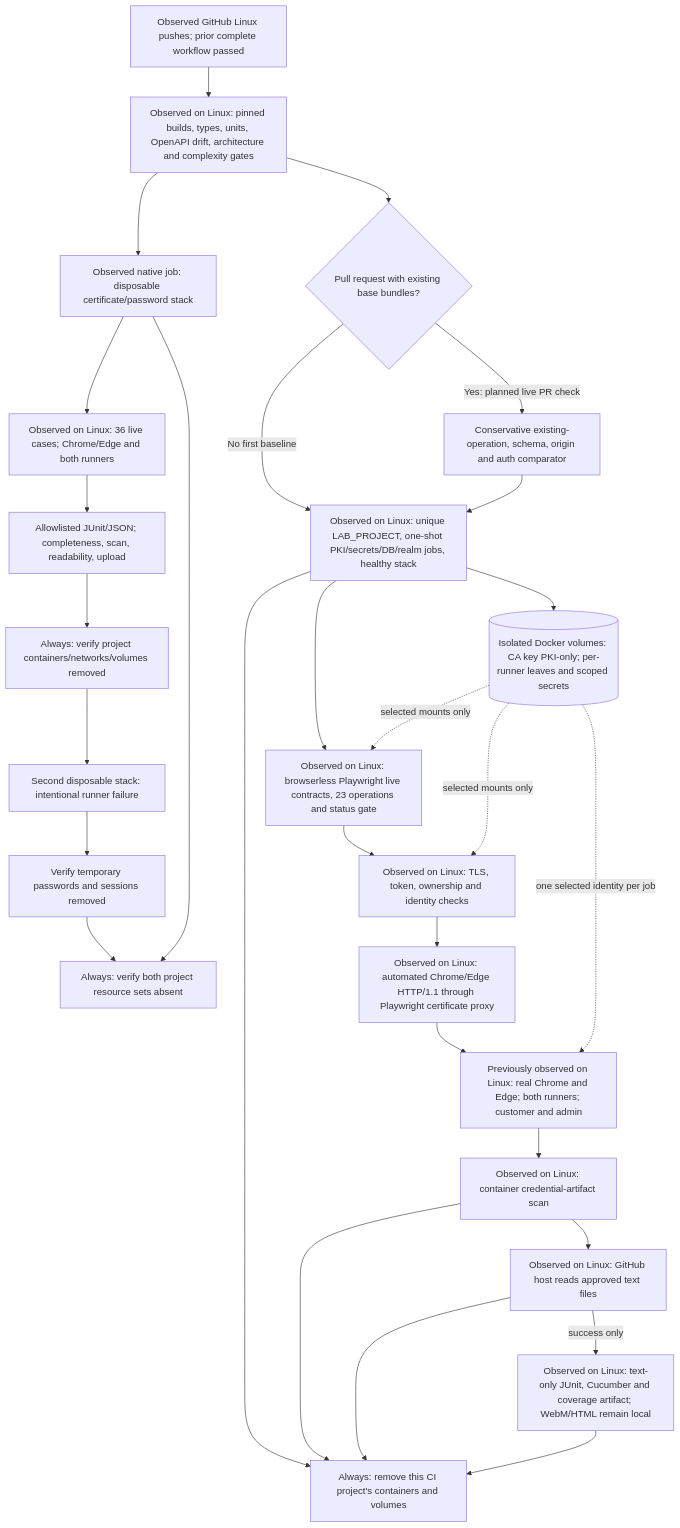
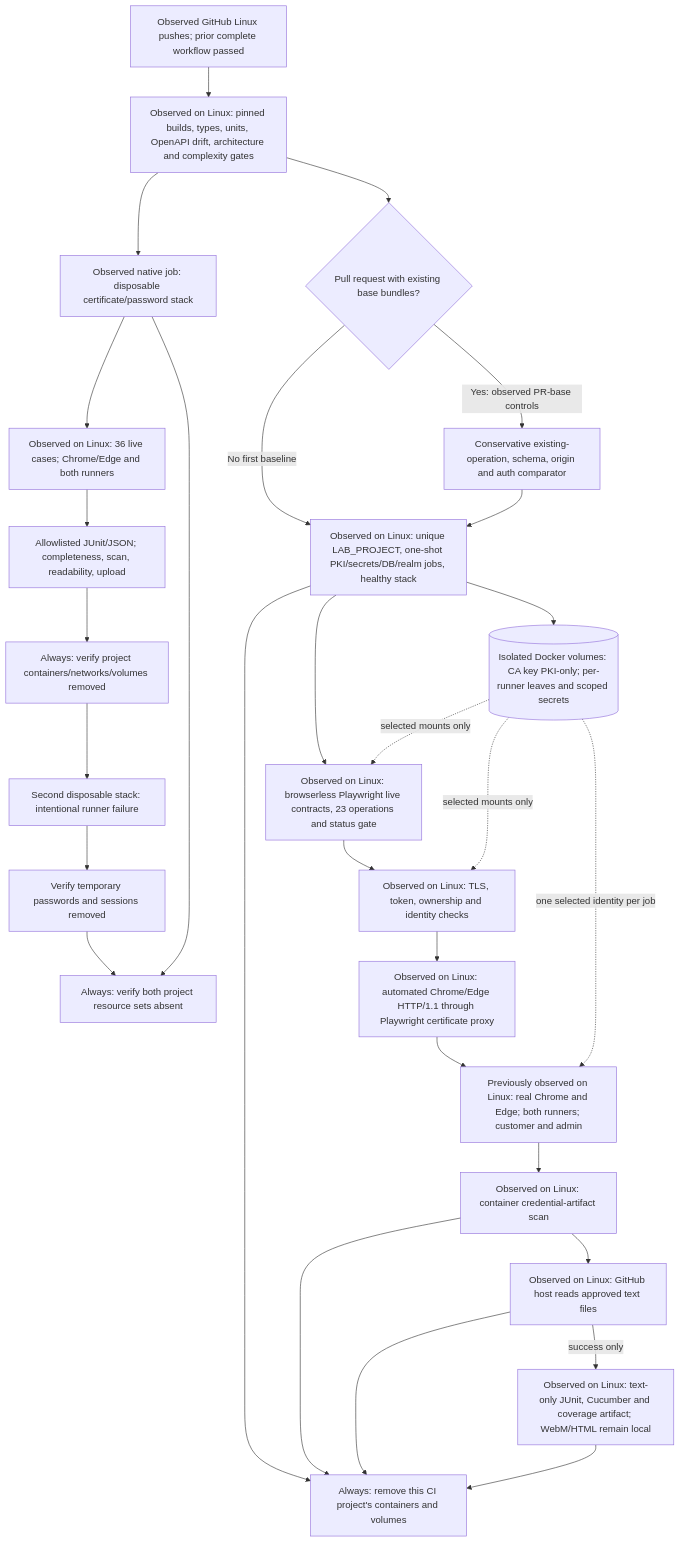
Before and after one commit to orieken/testing-with-certs: the tenth of 20 diagrams in docs/workflows.md, drawn with Mermaid. The commit also changed other lines of this file and 6 other files, not shown here.

Commit message:
docs: reconcile native evidence and record PR-base contract controls

````diff
--- a/docs/workflows.md
+++ b/docs/workflows.md
@@ -339,31 +340,31 @@
 ```mermaid
 flowchart TD
   Trigger["Observed GitHub Linux pushes; prior complete workflow passed"] --> Static["Observed on Linux: pinned builds, types, units, OpenAPI drift, architecture and complexity gates"]
   Static --> Lesson["Observed native job: disposable certificate/password stack"]
   Lesson --> LessonMatrix["Observed on Linux: 36 live cases; Chrome/Edge and both runners"]
   LessonMatrix --> LessonReports["Allowlisted JUnit/JSON; completeness, scan, readability, upload"]
   LessonReports --> LessonClean["Always: verify project containers/networks/volumes removed"]
   LessonClean --> Failure["Second disposable stack: intentional runner failure"]
   Failure --> Fixture["Verify temporary passwords and sessions removed"]
   Fixture --> FinalClean["Always: verify both project resource sets absent"]
   Lesson --> FinalClean
   Static --> Base{"Pull request with existing base bundles?"}
-  Base -->|"Yes: planned live PR check"| Compare["Conservative existing-operation, schema, origin and auth comparator"]
+  Base -->|"Yes: observed PR-base controls"| Compare["Conservative existing-operation, schema, origin and auth comparator"]
   Base -->|"No first baseline"| Compose
   Compare --> Compose["Observed on Linux: unique LAB_PROJECT, one-shot PKI/secrets/DB/realm jobs, healthy stack"]
   Compose --> Certs[("Isolated Docker volumes: CA key PKI-only; per-runner leaves and scoped secrets")]
   Compose --> Contracts["Observed on Linux: browserless Playwright live contracts, 23 operations and status gate"]
   Contracts --> Security["Observed on Linux: TLS, token, ownership and identity checks"]
   Security --> Candidate["Observed on Linux: automated Chrome/Edge HTTP/1.1 through Playwright certificate proxy"]
   Candidate --> Matrix["Previously observed on Linux: real Chrome and Edge; both runners; customer and admin"]
   Certs -.->|"selected mounts only"| Contracts
   Certs -.->|"selected mounts only"| Security
   Certs -.->|"one selected identity per job"| Matrix
   Matrix --> Scan["Observed on Linux: container credential-artifact scan"]
   Scan --> Readable["Observed on Linux: GitHub host reads approved text files"]
   Readable -->|"success only"| Upload["Observed on Linux: text-only JUnit, Cucumber and coverage artifact; WebM/HTML remain local"]
   Compose --> Cleanup["Always: remove this CI project's containers and volumes"]
   Scan --> Cleanup
   Readable --> Cleanup
   Upload --> Cleanup
 ```
````
